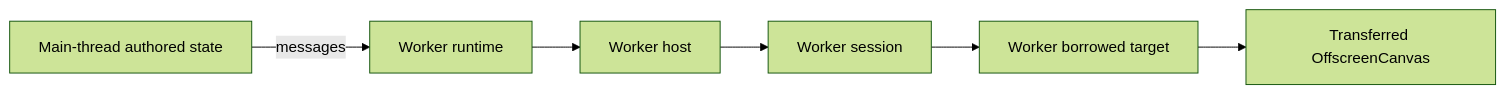
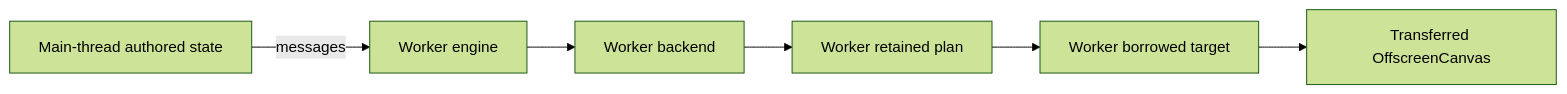
The eighth of 9 diagrams in docs/planning/font-runtime-ownership.md (pmndrs/glyph), drawn with Mermaid (forest theme) before and after one commit. The commit also changed other lines of this file and 82 other files, not shown here.

````diff
--- a/docs/planning/font-runtime-ownership.md
+++ b/docs/planning/font-runtime-ownership.md
@@ -1126,6 +1115,6 @@
 ```mermaid
 flowchart LR
-  UI[Main-thread authored state] -->|messages| WR[Worker runtime]
-  WR --> WH[Worker host] --> WS[Worker session]
+  UI[Main-thread authored state] -->|messages| WR[Worker engine]
+  WR --> WH[Worker backend] --> WS[Worker retained plan]
   WS --> WT[Worker borrowed target] --> OC[Transferred OffscreenCanvas]
 ```
````
